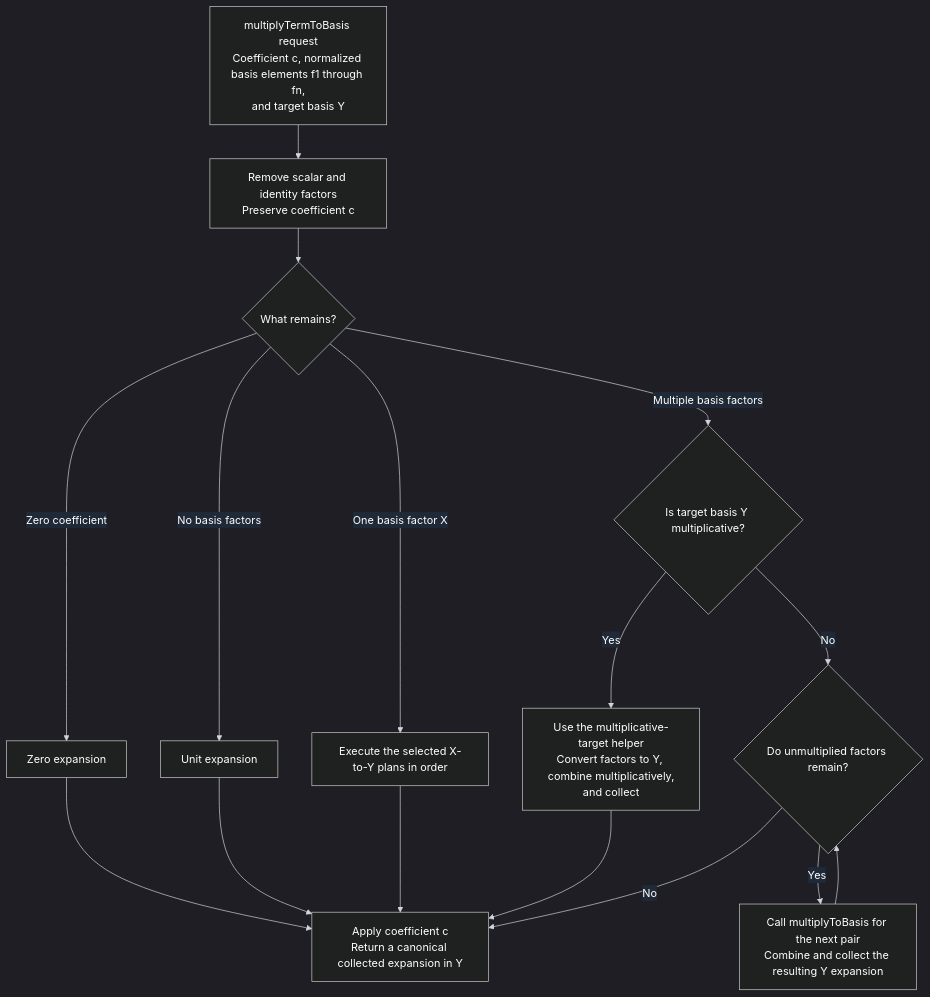
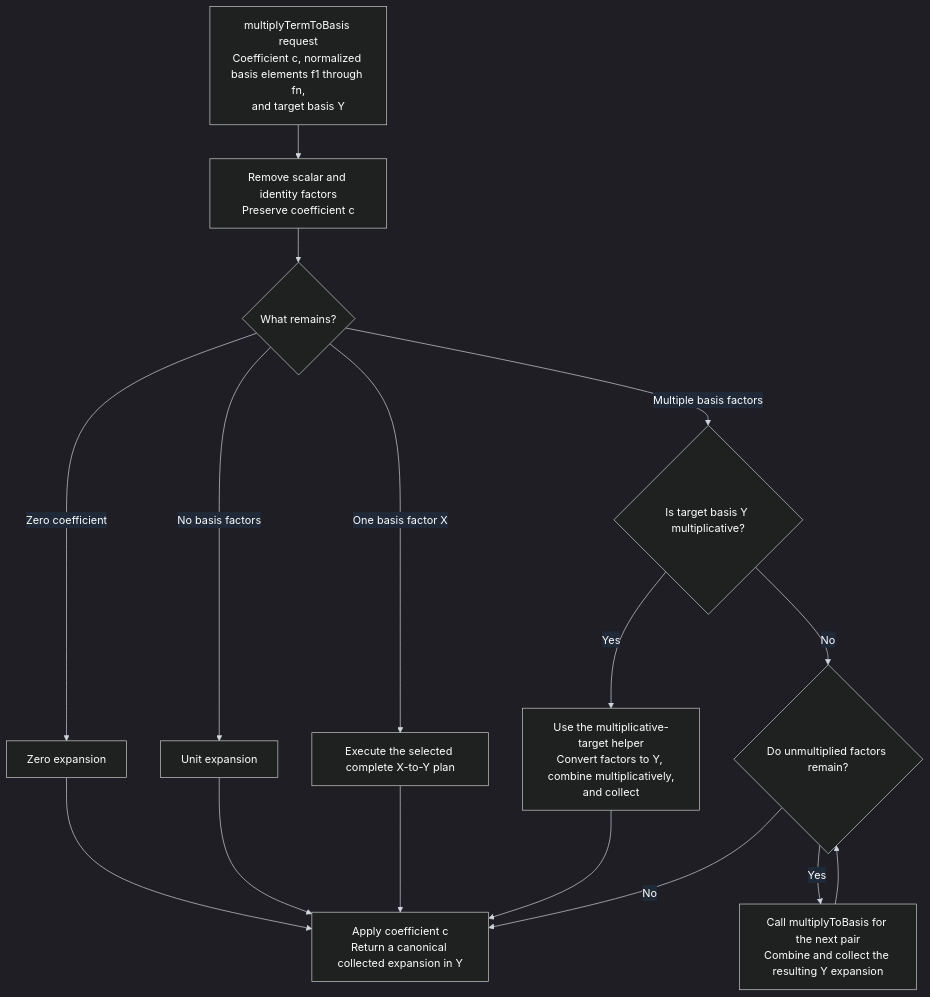
One commit to j-graf/M2 changed the second of 4 diagrams in M2/Macaulay2/e/symmetric-rings/TODO-pipelines.md. Above: the diagram before and after it, drawn with Mermaid. The commit also changed other lines of this file and 28 other files, not shown here.

````diff
--- a/M2/Macaulay2/e/symmetric-rings/TODO-pipelines.md
+++ b/M2/Macaulay2/e/symmetric-rings/TODO-pipelines.md
@@ -499,31 +971,31 @@
 ```mermaid
 %%{init: {"theme": "dark", "themeVariables": {"background": "#111827", "primaryColor": "#1f2937", "primaryTextColor": "#ffffff", "primaryBorderColor": "#9ca3af", "secondaryColor": "#1f2937", "secondaryTextColor": "#ffffff", "tertiaryColor": "#1f2937", "tertiaryTextColor": "#ffffff", "lineColor": "#d1d5db", "textColor": "#ffffff", "nodeTextColor": "#ffffff", "edgeLabelBackground": "#1f2937"}}}%%
 flowchart TD
     A["multiplyTermToBasis request<br/>Coefficient c, normalized basis elements f1 through fn,<br/>and target basis Y"]
 
     A --> B["Remove scalar and identity factors<br/>Preserve coefficient c"]
 
     B --> C{"What remains?"}
 
     C -->|"Zero coefficient"| Z["Zero expansion"]
 
     C -->|"No basis factors"| S["Unit expansion"]
 
-    C -->|"One basis factor X"| O["Execute the selected X-to-Y plans in order"]
+    C -->|"One basis factor X"| O["Execute the selected complete X-to-Y plan"]
 
     C -->|"Multiple basis factors"| D{"Is target basis Y multiplicative?"}
 
     D -->|"Yes"| E["Use the multiplicative-target helper<br/>Convert factors to Y, combine multiplicatively,<br/>and collect"]
 
     D -->|"No"| H{"Do unmultiplied factors remain?"}
 
     H -->|"Yes"| I["Call multiplyToBasis for the next pair<br/>Combine and collect the resulting Y expansion"]
 
     I --> H
 
     Z --> R["Apply coefficient c<br/>Return a canonical collected expansion in Y"]
     S --> R
     O --> R
     E --> R
     H -->|"No"| R
 ```
````
